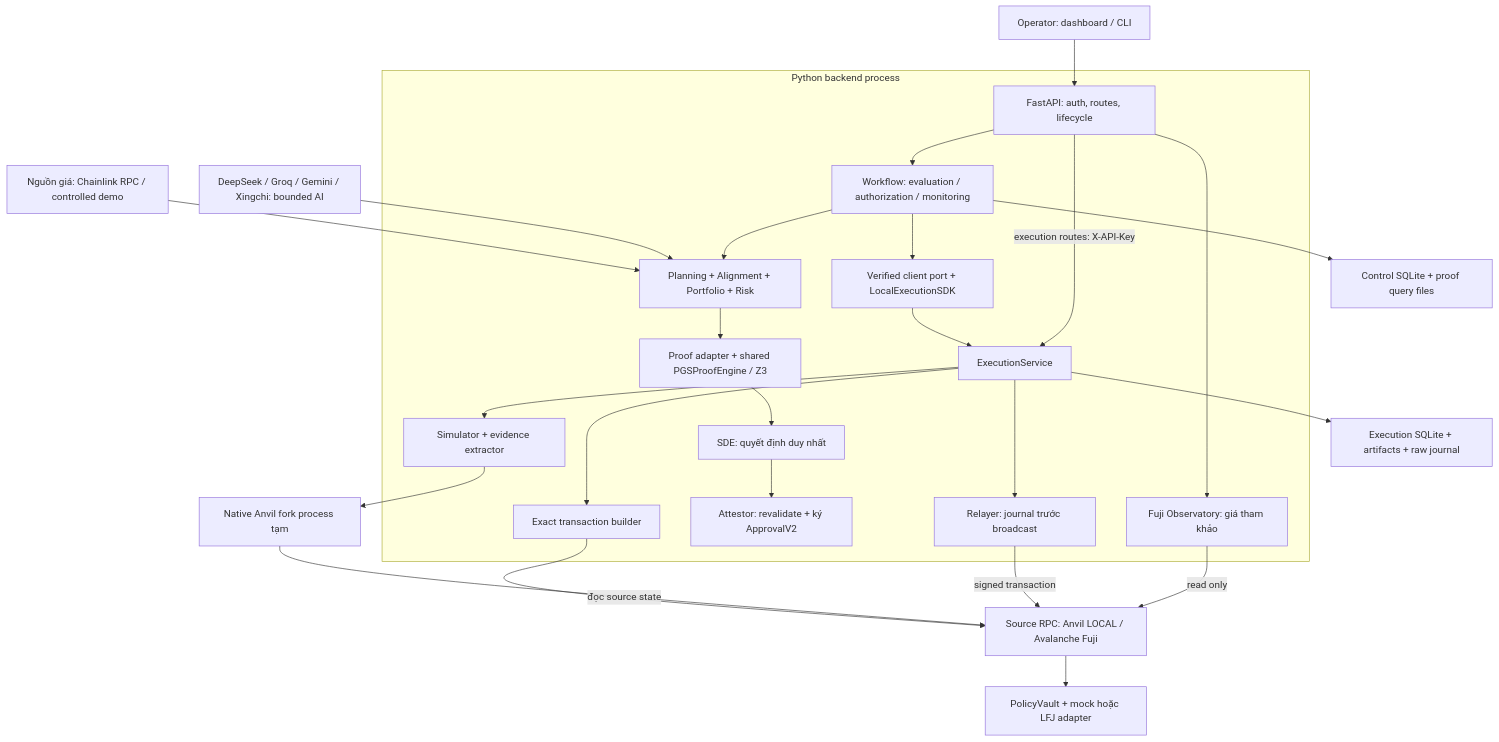
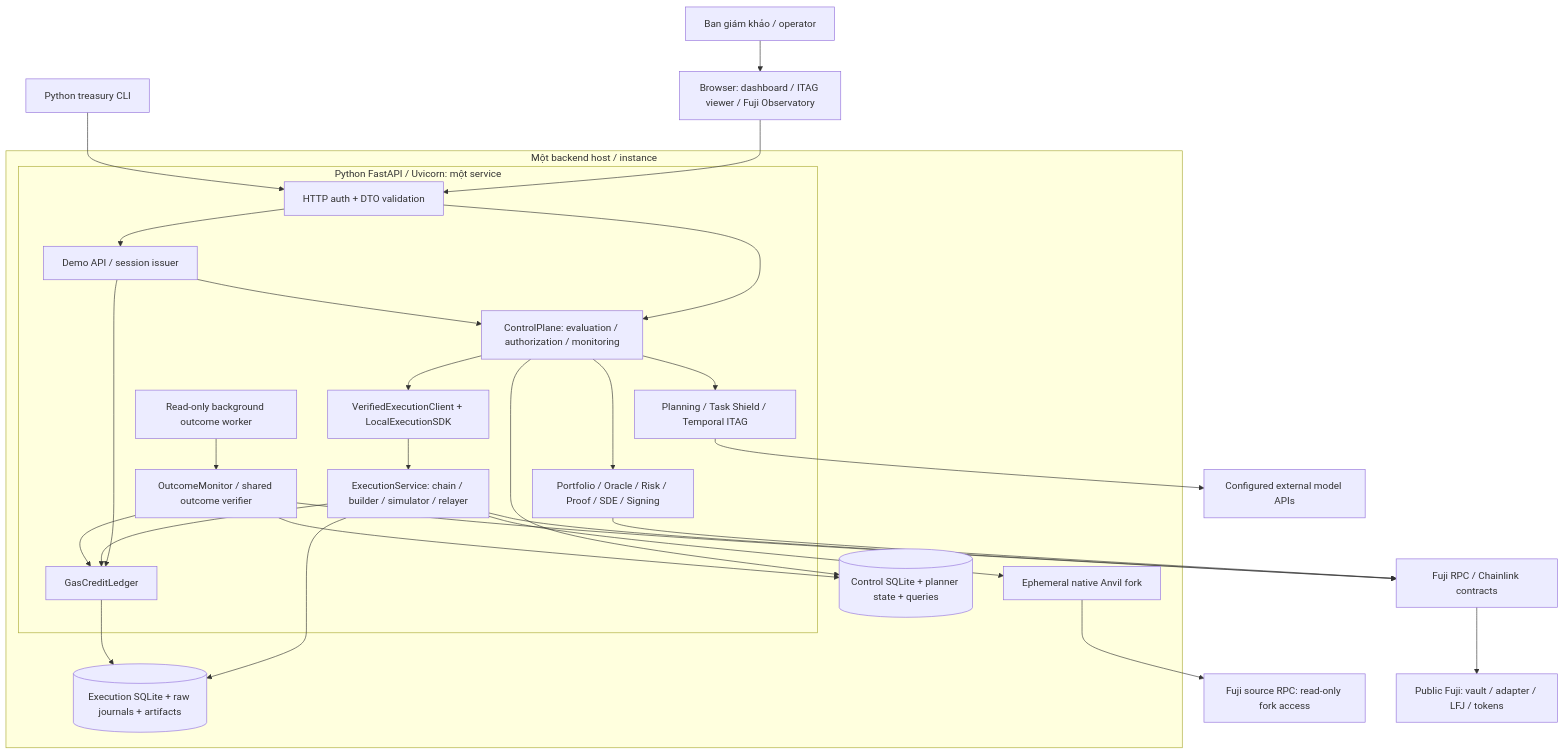
The first of 10 diagrams in docs/AI_Treasury_Security_System_Design_v2.1.md (ursuswh-metamorphic/PaceVant), drawn with Mermaid before and after one commit. The commit also changed other lines of this file and 132 other files, not shown here.

````diff
--- a/docs/AI_Treasury_Security_System_Design_v2.1.md
+++ b/docs/AI_Treasury_Security_System_Design_v2.1.md
@@ -61,28 +95,32 @@
 ```mermaid
-flowchart TD
-  USER["Operator: dashboard / CLI"] --> API
-  PRICE["Nguồn giá: Chainlink RPC / controlled demo"] --> GATES
-  LLM["DeepSeek / Groq / Gemini / Xingchi: bounded AI"] --> GATES
-  subgraph BACKEND["Python backend process"]
-    API["FastAPI: auth, routes, lifecycle"] --> WF["Workflow: evaluation / authorization / monitoring"]
-    API --> OBS["Fuji Observatory: giá tham khảo"]
-    WF --> GATES["Planning + Alignment + Portfolio + Risk"]
-    GATES --> PROOF["Proof adapter + shared PGSProofEngine / Z3"]
-    PROOF --> DEC["SDE: quyết định duy nhất"]
-    DEC --> SIGN["Attestor: revalidate + ký ApprovalV2"]
-    WF --> PORT["Verified client port + LocalExecutionSDK"]
-    PORT --> EXEC["ExecutionService"]
-    API -->|"execution routes: X-API-Key"| EXEC
-    EXEC --> BUILD["Exact transaction builder"]
-    EXEC --> SIM["Simulator + evidence extractor"]
-    EXEC --> RELAY["Relayer: journal trước broadcast"]
+flowchart TB
+  J["Ban giám khảo / operator"] --> UI["Browser: dashboard / ITAG viewer / Fuji Observatory"]
+  UI --> HTTP
+  CLI["Python treasury CLI"] --> HTTP
+  subgraph HOST["Một backend host / instance"]
+    subgraph API["Python FastAPI / Uvicorn: một service"]
+      HTTP["HTTP auth + DTO validation"] --> DEMO["Demo API / session issuer"]
+      HTTP --> WF["ControlPlane: evaluation / authorization / monitoring"]
+      DEMO --> WF
+      WF --> AI["Planning / Task Shield / Temporal ITAG"]
+      WF --> G["Portfolio / Oracle / Risk / Proof / SDE / Signing"]
+      WF --> PORT["VerifiedExecutionClient + LocalExecutionSDK"]
+      PORT --> EX["ExecutionService: chain / builder / simulator / relayer"]
+      MON["Read-only background outcome worker"] --> REC["OutcomeMonitor / shared outcome verifier"]
+      DEMO --> CREDIT["GasCreditLedger"]
+      EX --> CREDIT
+      REC --> CREDIT
+    end
+    EX --> ANVIL["Ephemeral native Anvil fork"]
+    WF --> CDB[("Control SQLite + planner state + queries")]
+    EX --> EDB[("Execution SQLite + raw journals + artifacts")]
+    CREDIT --> EDB
+    REC --> CDB
   end
-  WF --> CDB["Control SQLite + proof query files"]
-  EXEC --> EDB["Execution SQLite + artifacts + raw journal"]
-  SIM --> FORK["Native Anvil fork process tạm"]
-  BUILD --> RPC["Source RPC: Anvil LOCAL / Avalanche Fuji"]
-  FORK -->|"đọc source state"| RPC
-  RELAY -->|"signed transaction"| RPC
-  OBS -->|"read only"| RPC
-  RPC --> VAULT["PolicyVault + mock hoặc LFJ adapter"]
+  AI --> LLM["Configured external model APIs"]
+  G --> RPC["Fuji RPC / Chainlink contracts"]
+  EX --> RPC
+  REC --> RPC
+  ANVIL --> FRPC["Fuji source RPC: read-only fork access"]
+  RPC --> CHAIN["Public Fuji: vault / adapter / LFJ / tokens"]
 ```
````
